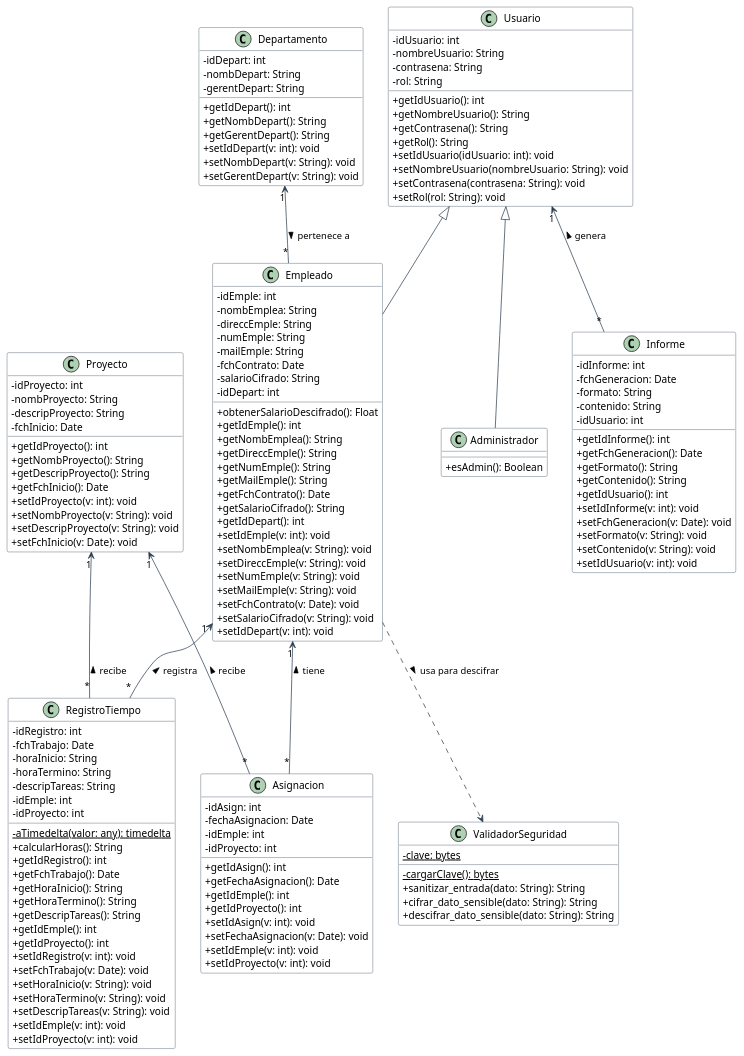
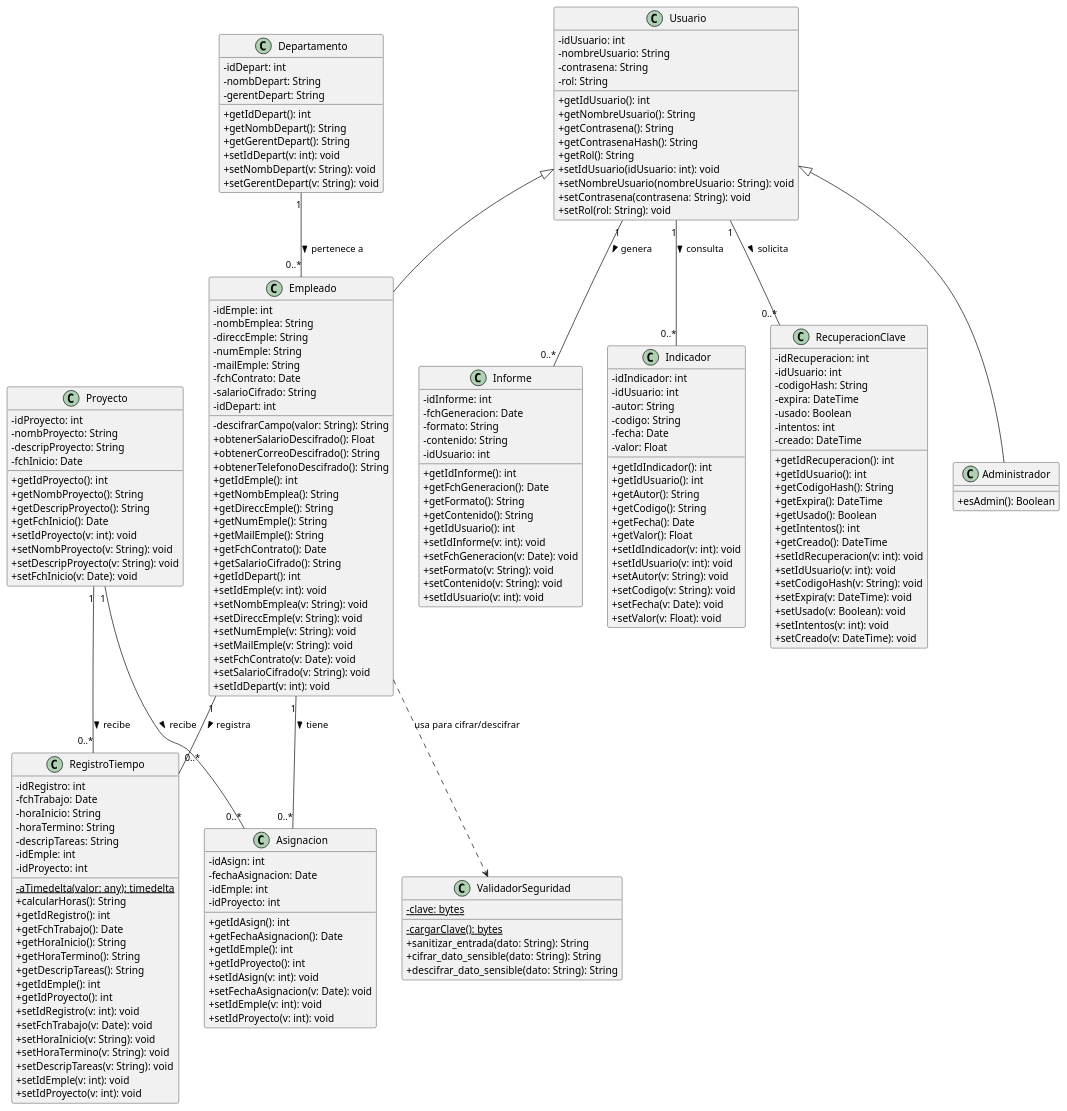
The diagram in diagrama_clases.puml (Blissfulhorizonsx/EcoTechSolutions-), drawn with PlantUML before and after one commit. The commit also changed 9 other files, not shown here.

```diff
--- a/diagrama_clases.puml
+++ b/diagrama_clases.puml
@@ -1,168 +1,207 @@
 @startuml
 skinparam classAttributeIconSize 0
-skinparam shadowing false
-skinparam class {
-    BackgroundColor White
-    ArrowColor #2c3e50
-    BorderColor #2c3e50
+
+class Departamento {
+    -idDepart: int
+    -nombDepart: String
+    -gerentDepart: String
+    +getIdDepart(): int
+    +getNombDepart(): String
+    +getGerentDepart(): String
+    +setIdDepart(v: int): void
+    +setNombDepart(v: String): void
+    +setGerentDepart(v: String): void
 }
 
 class Usuario {
-    - idUsuario: int
-    - nombreUsuario: String
-    - contrasena: String
-    - rol: String
-    + getIdUsuario(): int
-    + getNombreUsuario(): String
-    + getContrasena(): String
-    + getRol(): String
-    + setIdUsuario(idUsuario: int): void
-    + setNombreUsuario(nombreUsuario: String): void
-    + setContrasena(contrasena: String): void
-    + setRol(rol: String): void
+    -idUsuario: int
+    -nombreUsuario: String
+    -contrasena: String
+    -rol: String
+    +getIdUsuario(): int
+    +getNombreUsuario(): String
+    +getContrasena(): String
+    +getContrasenaHash(): String
+    +getRol(): String
+    +setIdUsuario(idUsuario: int): void
+    +setNombreUsuario(nombreUsuario: String): void
+    +setContrasena(contrasena: String): void
+    +setRol(rol: String): void
 }
 
 class Administrador {
-    + esAdmin(): Boolean
+    +esAdmin(): Boolean
 }
 
 class Empleado {
-    - idEmple: int
-    - nombEmplea: String
-    - direccEmple: String
-    - numEmple: String
-    - mailEmple: String
-    - fchContrato: Date
-    - salarioCifrado: String
-    - idDepart: int
-    + obtenerSalarioDescifrado(): Float
-    + getIdEmple(): int
-    + getNombEmplea(): String
-    + getDireccEmple(): String
-    + getNumEmple(): String
-    + getMailEmple(): String
-    + getFchContrato(): Date
-    + getSalarioCifrado(): String
-    + getIdDepart(): int
-    + setIdEmple(v: int): void
-    + setNombEmplea(v: String): void
-    + setDireccEmple(v: String): void
-    + setNumEmple(v: String): void
-    + setMailEmple(v: String): void
-    + setFchContrato(v: Date): void
-    + setSalarioCifrado(v: String): void
-    + setIdDepart(v: int): void
-}
-
-class Departamento {
-    - idDepart: int
-    - nombDepart: String
-    - gerentDepart: String
-    + getIdDepart(): int
-    + getNombDepart(): String
-    + getGerentDepart(): String
-    + setIdDepart(v: int): void
-    + setNombDepart(v: String): void
-    + setGerentDepart(v: String): void
+    -idEmple: int
+    -nombEmplea: String
+    -direccEmple: String
+    -numEmple: String
+    -mailEmple: String
+    -fchContrato: Date
+    -salarioCifrado: String
+    -idDepart: int
+    -descifrarCampo(valor: String): String
+    +obtenerSalarioDescifrado(): Float
+    +obtenerCorreoDescifrado(): String
+    +obtenerTelefonoDescifrado(): String
+    +getIdEmple(): int
+    +getNombEmplea(): String
+    +getDireccEmple(): String
+    +getNumEmple(): String
+    +getMailEmple(): String
+    +getFchContrato(): Date
+    +getSalarioCifrado(): String
+    +getIdDepart(): int
+    +setIdEmple(v: int): void
+    +setNombEmplea(v: String): void
+    +setDireccEmple(v: String): void
+    +setNumEmple(v: String): void
+    +setMailEmple(v: String): void
+    +setFchContrato(v: Date): void
+    +setSalarioCifrado(v: String): void
+    +setIdDepart(v: int): void
 }
 
 class Proyecto {
-    - idProyecto: int
-    - nombProyecto: String
-    - descripProyecto: String
-    - fchInicio: Date
-    + getIdProyecto(): int
-    + getNombProyecto(): String
-    + getDescripProyecto(): String
-    + getFchInicio(): Date
-    + setIdProyecto(v: int): void
-    + setNombProyecto(v: String): void
-    + setDescripProyecto(v: String): void
-    + setFchInicio(v: Date): void
+    -idProyecto: int
+    -nombProyecto: String
+    -descripProyecto: String
+    -fchInicio: Date
+    +getIdProyecto(): int
+    +getNombProyecto(): String
+    +getDescripProyecto(): String
+    +getFchInicio(): Date
+    +setIdProyecto(v: int): void
+    +setNombProyecto(v: String): void
+    +setDescripProyecto(v: String): void
+    +setFchInicio(v: Date): void
+}
+
+class RegistroTiempo {
+    -idRegistro: int
+    -fchTrabajo: Date
+    -horaInicio: String
+    -horaTermino: String
+    -descripTareas: String
+    -idEmple: int
+    -idProyecto: int
+    {static} -aTimedelta(valor: any): timedelta
+    +calcularHoras(): String
+    +getIdRegistro(): int
+    +getFchTrabajo(): Date
+    +getHoraInicio(): String
+    +getHoraTermino(): String
+    +getDescripTareas(): String
+    +getIdEmple(): int
+    +getIdProyecto(): int
+    +setIdRegistro(v: int): void
+    +setFchTrabajo(v: Date): void
+    +setHoraInicio(v: String): void
+    +setHoraTermino(v: String): void
+    +setDescripTareas(v: String): void
+    +setIdEmple(v: int): void
+    +setIdProyecto(v: int): void
 }
 
 class Asignacion {
-    - idAsign: int
-    - fechaAsignacion: Date
-    - idEmple: int
-    - idProyecto: int
-    + getIdAsign(): int
-    + getFechaAsignacion(): Date
-    + getIdEmple(): int
-    + getIdProyecto(): int
-    + setIdAsign(v: int): void
-    + setFechaAsignacion(v: Date): void
-    + setIdEmple(v: int): void
-    + setIdProyecto(v: int): void
-}
-
-class RegistroTiempo {
-    - idRegistro: int
-    - fchTrabajo: Date
-    - horaInicio: String
-    - horaTermino: String
-    - descripTareas: String
-    - idEmple: int
-    - idProyecto: int
-    - {static} aTimedelta(valor: any): timedelta
-    + calcularHoras(): String
-    + getIdRegistro(): int
-    + getFchTrabajo(): Date
-    + getHoraInicio(): String
-    + getHoraTermino(): String
-    + getDescripTareas(): String
-    + getIdEmple(): int
-    + getIdProyecto(): int
-    + setIdRegistro(v: int): void
-    + setFchTrabajo(v: Date): void
-    + setHoraInicio(v: String): void
-    + setHoraTermino(v: String): void
-    + setDescripTareas(v: String): void
-    + setIdEmple(v: int): void
-    + setIdProyecto(v: int): void
+    -idAsign: int
+    -fechaAsignacion: Date
+    -idEmple: int
+    -idProyecto: int
+    +getIdAsign(): int
+    +getFechaAsignacion(): Date
+    +getIdEmple(): int
+    +getIdProyecto(): int
+    +setIdAsign(v: int): void
+    +setFechaAsignacion(v: Date): void
+    +setIdEmple(v: int): void
+    +setIdProyecto(v: int): void
 }
 
 class Informe {
-    - idInforme: int
-    - fchGeneracion: Date
-    - formato: String
-    - contenido: String
-    - idUsuario: int
-    + getIdInforme(): int
-    + getFchGeneracion(): Date
-    + getFormato(): String
-    + getContenido(): String
-    + getIdUsuario(): int
-    + setIdInforme(v: int): void
-    + setFchGeneracion(v: Date): void
-    + setFormato(v: String): void
-    + setContenido(v: String): void
-    + setIdUsuario(v: int): void
+    -idInforme: int
+    -fchGeneracion: Date
+    -formato: String
+    -contenido: String
+    -idUsuario: int
+    +getIdInforme(): int
+    +getFchGeneracion(): Date
+    +getFormato(): String
+    +getContenido(): String
+    +getIdUsuario(): int
+    +setIdInforme(v: int): void
+    +setFchGeneracion(v: Date): void
+    +setFormato(v: String): void
+    +setContenido(v: String): void
+    +setIdUsuario(v: int): void
+}
+
+class Indicador {
+    -idIndicador: int
+    -idUsuario: int
+    -autor: String
+    -codigo: String
+    -fecha: Date
+    -valor: Float
+    +getIdIndicador(): int
+    +getIdUsuario(): int
+    +getAutor(): String
+    +getCodigo(): String
+    +getFecha(): Date
+    +getValor(): Float
+    +setIdIndicador(v: int): void
+    +setIdUsuario(v: int): void
+    +setAutor(v: String): void
+    +setCodigo(v: String): void
+    +setFecha(v: Date): void
+    +setValor(v: Float): void
+}
+
+class RecuperacionClave {
+    -idRecuperacion: int
+    -idUsuario: int
+    -codigoHash: String
+    -expira: DateTime
+    -usado: Boolean
+    -intentos: int
+    -creado: DateTime
+    +getIdRecuperacion(): int
+    +getIdUsuario(): int
+    +getCodigoHash(): String
+    +getExpira(): DateTime
+    +getUsado(): Boolean
+    +getIntentos(): int
+    +getCreado(): DateTime
+    +setIdRecuperacion(v: int): void
+    +setIdUsuario(v: int): void
+    +setCodigoHash(v: String): void
+    +setExpira(v: DateTime): void
+    +setUsado(v: Boolean): void
+    +setIntentos(v: int): void
+    +setCreado(v: DateTime): void
 }
 
 class ValidadorSeguridad {
-    - {static} clave: bytes
-    - {static} cargarClave(): bytes
-    + sanitizar_entrada(dato: String): String
-    + cifrar_dato_sensible(dato: String): String
-    + descifrar_dato_sensible(dato: String): String
+    {static} -clave: bytes
+    {static} -cargarClave(): bytes
+    +sanitizar_entrada(dato: String): String
+    +cifrar_dato_sensible(dato: String): String
+    +descifrar_dato_sensible(dato: String): String
 }
 
-' RELACIONES
-
-' Herencia
 Usuario <|-- Administrador
 Usuario <|-- Empleado
 
-' Asociaciones y Multiplicidades
-Departamento "1" <-- "*" Empleado : pertenece a >
-Empleado "1" <-- "*" Asignacion : tiene <
-Proyecto "1" <-- "*" Asignacion : recibe <
-Empleado "1" <-- "*" RegistroTiempo : registra <
-Proyecto "1" <-- "*" RegistroTiempo : recibe <
-Usuario "1" <-- "*" Informe : genera <
+Departamento "1" -- "0..*" Empleado : pertenece a >
+Usuario "1" -- "0..*" Informe : genera >
+Usuario "1" -- "0..*" Indicador : consulta >
+Usuario "1" -- "0..*" RecuperacionClave : solicita >
+Empleado "1" -- "0..*" RegistroTiempo : registra >
+Proyecto "1" -- "0..*" RegistroTiempo : recibe >
+Empleado "1" -- "0..*" Asignacion : tiene >
+Proyecto "1" -- "0..*" Asignacion : recibe >
 
-' Dependencias de uso
-Empleado ..> ValidadorSeguridad : usa para descifrar >
-
+Empleado ..> ValidadorSeguridad : usa para cifrar/descifrar
 @enduml
```
